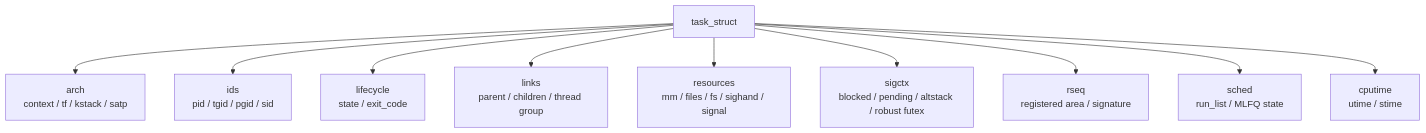
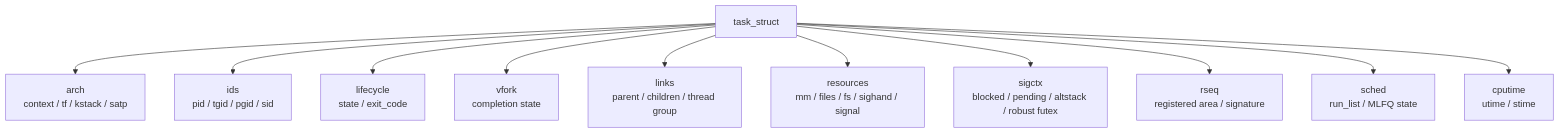
The first of 4 diagrams in docs/architecture/task.md (pillow-zx/CuteOS), drawn with Mermaid before and after one commit. The commit also changed other lines of this file and 151 other files, not shown here.

````diff
--- a/docs/architecture/task.md
+++ b/docs/architecture/task.md
@@ -9,23 +9,25 @@
 ```mermaid
 flowchart TB
     Task["task_struct"]
     Arch["arch<br/>context / tf / kstack / satp"]
     IDs["ids<br/>pid / tgid / pgid / sid"]
     Life["lifecycle<br/>state / exit_code"]
+    Vfork["vfork<br/>completion state"]
     Links["links<br/>parent / children / thread group"]
     Res["resources<br/>mm / files / fs / sighand / signal"]
     Sig["sigctx<br/>blocked / pending / altstack / robust futex"]
     Rseq["rseq<br/>registered area / signature"]
     Sched["sched<br/>run_list / MLFQ state"]
     Time["cputime<br/>utime / stime"]
 
     Task --> Arch
     Task --> IDs
     Task --> Life
+    Task --> Vfork
     Task --> Links
     Task --> Res
     Task --> Sig
     Task --> Rseq
     Task --> Sched
     Task --> Time
 ```
````
